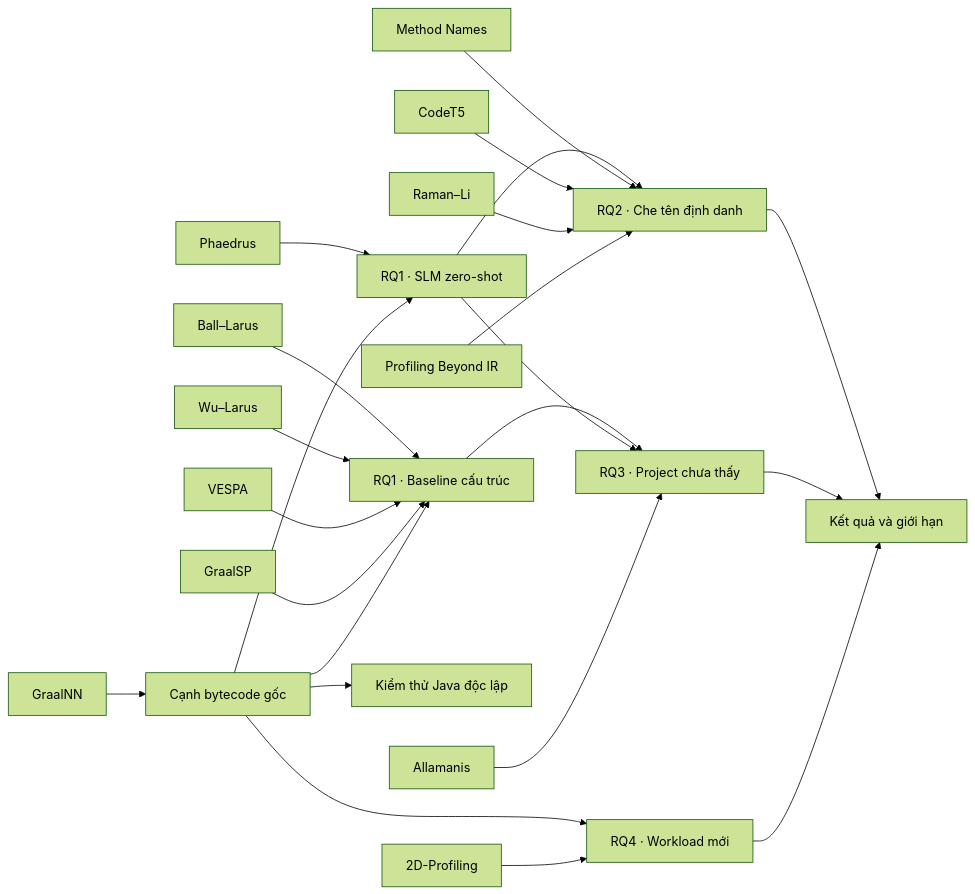
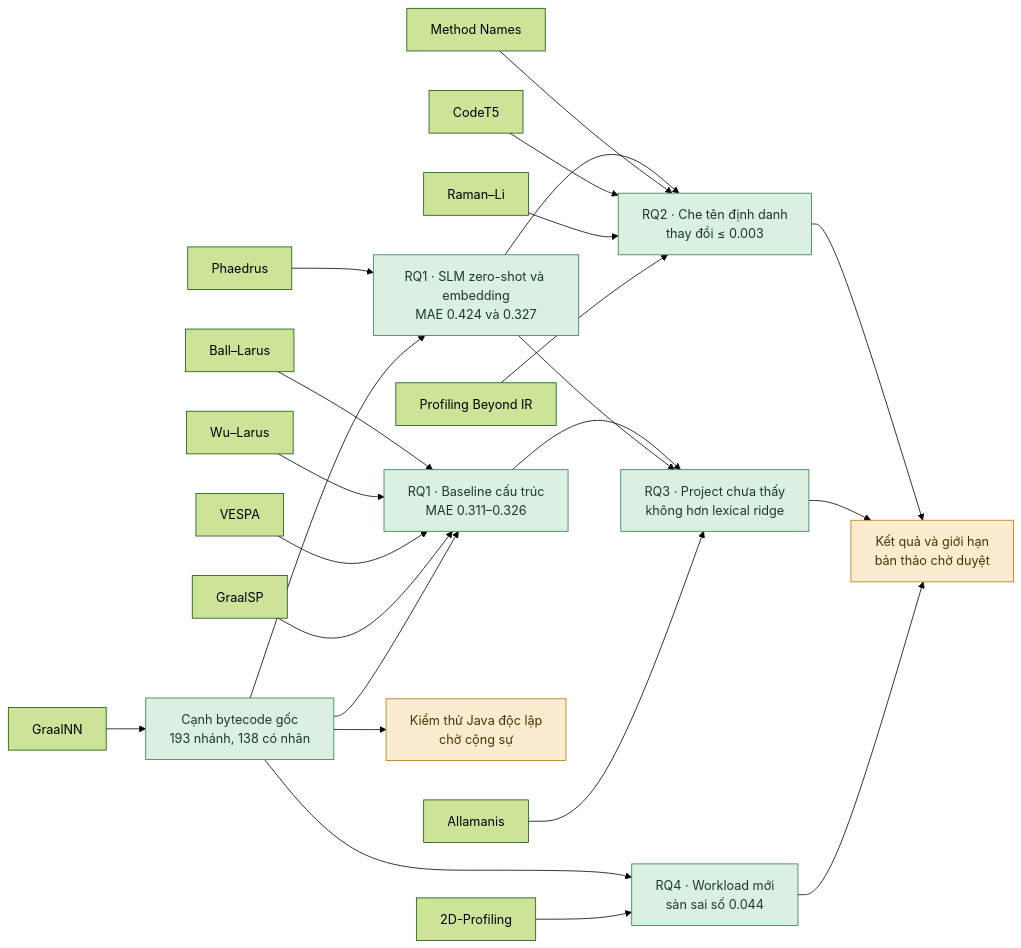
Before and after one commit to minggu151623/llm_profiling_research: the diagram in research/literature/README.md, drawn with Mermaid (forest theme). The commit also changed other lines of this file, not shown here.

Commit message:
Show measured results and pending reviews on the rendered DAG

````diff
--- a/research/literature/README.md
+++ b/research/literature/README.md
@@ -5,45 +5,49 @@
 ```mermaid
 flowchart LR
     graalsp["GraalSP"]
     graalnn["GraalNN"]
     method_names["Method Names"]
     ball_larus["Ball–Larus"]
     wu_larus["Wu–Larus"]
     vespa["VESPA"]
     raman_li["Raman–Li"]
     codet5["CodeT5"]
     duplicates["Allamanis"]
     kim_input["2D-Profiling"]
     phaedrus["Phaedrus"]
     SIG["Profiling Beyond IR"]
-    DATA["Cạnh bytecode gốc"]
-    JAVA["Kiểm thử Java độc lập"]
-    BASE["RQ1 · Baseline cấu trúc"]
-    SLM["RQ1 · SLM zero-shot"]
-    E1["RQ2 · Che tên định danh"]
-    E2["RQ3 · Project chưa thấy"]
-    E3["RQ4 · Workload mới"]
-    CLAIMS["Kết quả và giới hạn"]
+    DATA["Cạnh bytecode gốc<br/>193 nhánh, 138 có nhãn"]
+    JAVA["Kiểm thử Java độc lập<br/>chờ cộng sự"]
+    BASE["RQ1 · Baseline cấu trúc<br/>MAE 0.311–0.326"]
+    SLM["RQ1 · SLM zero-shot và embedding<br/>MAE 0.424 và 0.327"]
+    E1["RQ2 · Che tên định danh<br/>thay đổi ≤ 0.003"]
+    E2["RQ3 · Project chưa thấy<br/>không hơn lexical ridge"]
+    E3["RQ4 · Workload mới<br/>sàn sai số 0.044"]
+    CLAIMS["Kết quả và giới hạn<br/>bản thảo chờ duyệt"]
     graalnn --> DATA
     DATA --> JAVA
     ball_larus --> BASE
     wu_larus --> BASE
     vespa --> BASE
     graalsp --> BASE
     DATA --> BASE
     phaedrus --> SLM
     DATA --> SLM
     SLM --> E1
     method_names --> E1
     codet5 --> E1
     raman_li --> E1
     SIG --> E1
     BASE --> E2
     SLM --> E2
     duplicates --> E2
     DATA --> E3
     kim_input --> E3
     E1 --> CLAIMS
     E2 --> CLAIMS
     E3 --> CLAIMS
+    classDef measured fill:#dcefe3,stroke:#2f7d4f,color:#1b3a28
+    classDef waiting fill:#fbecd0,stroke:#b07a12,color:#4a3305
+    class DATA,BASE,SLM,E1,E2,E3 measured
+    class JAVA,CLAIMS waiting
 ```
````
